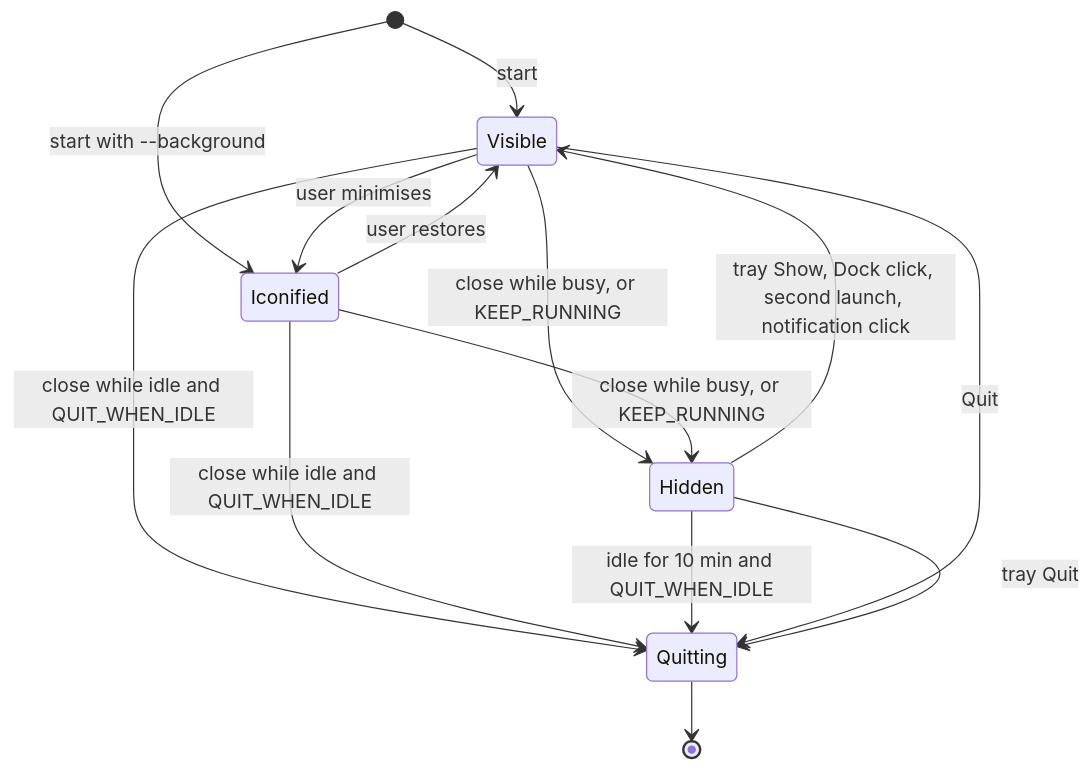
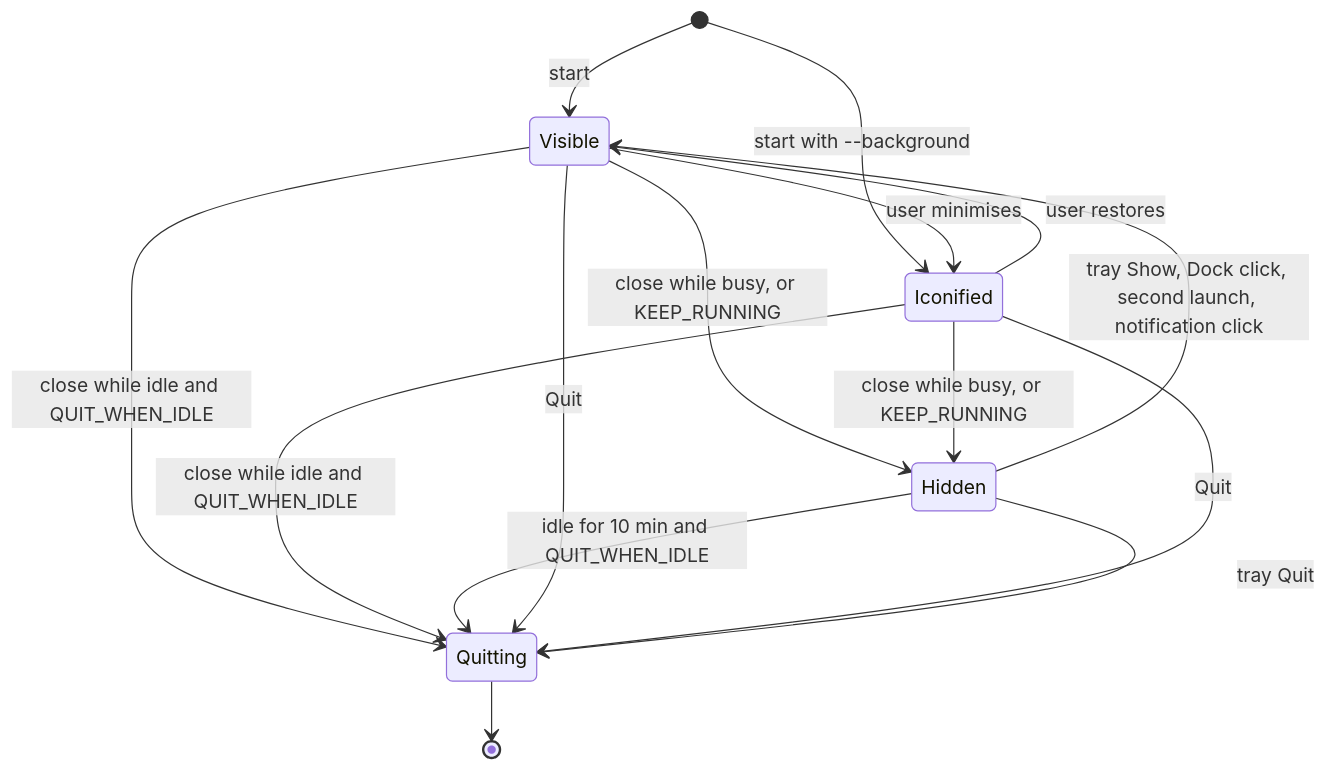
Before and after one commit to BigBoyDevBox/Neutrodyne: the second of 7 diagrams in docs/design/11-desktop.md, drawn with Mermaid. The commit also changed other lines of this file and 1 other file, not shown here.

````diff
--- a/docs/design/11-desktop.md
+++ b/docs/design/11-desktop.md
@@ -356,16 +357,17 @@
 ```mermaid
 stateDiagram-v2
   [*] --> Visible: start
   [*] --> Iconified: start with --background
   Iconified --> Visible: user restores
   Visible --> Iconified: user minimises
   Visible --> Hidden: close while busy, or KEEP_RUNNING
   Iconified --> Hidden: close while busy, or KEEP_RUNNING
   Visible --> Quitting: close while idle and QUIT_WHEN_IDLE
   Iconified --> Quitting: close while idle and QUIT_WHEN_IDLE
   Hidden --> Visible: tray Show, Dock click, second launch, notification click
   Hidden --> Quitting: idle for 10 min and QUIT_WHEN_IDLE
   Visible --> Quitting: Quit
+  Iconified --> Quitting: Quit
   Hidden --> Quitting: tray Quit
   Quitting --> [*]
 ```
````
